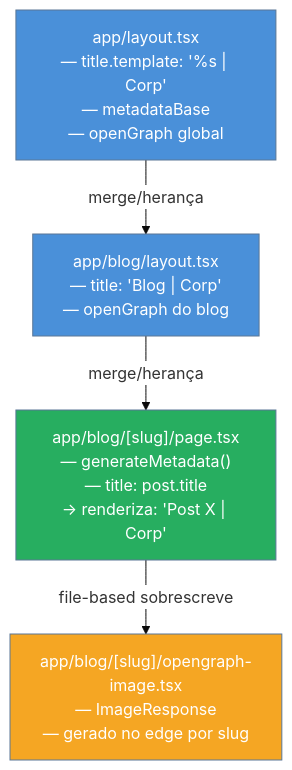
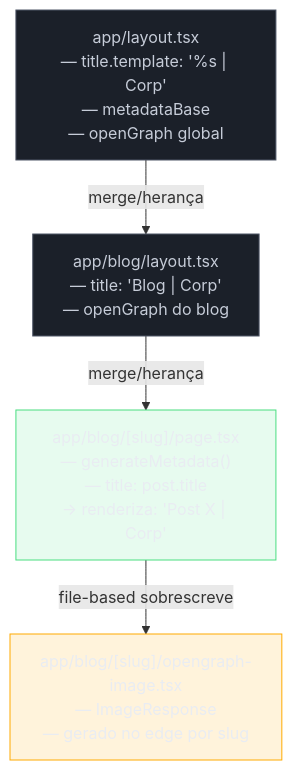
Before and after one commit to josenaldo/codex-technomanticus: the diagram in 03-Dominios/Tecnologia/React/Next.js/11 - Metadata, SEO e assets sociais.md, drawn with Mermaid. The commit also changed 1181 other files, not shown here.

First line of the commit message:
fix(diagramas): paleta do sistema no lugar de cor cravada no markdown

````diff
--- a/03-Dominios/Tecnologia/React/Next.js/11 - Metadata, SEO e assets sociais.md
+++ b/03-Dominios/Tecnologia/React/Next.js/11 - Metadata, SEO e assets sociais.md
@@ -302,17 +302,19 @@
 ```mermaid
-%%{init: {"theme": "base", "themeVariables": {"primaryColor": "#4A90D9", "edgeLabelBackground": "#ffffff"}}}%%
 graph TD
+    classDef neutro fill:#1B2029,stroke:#4E5666,color:#C6CCD8
+    classDef ok fill:#4ADE8021,stroke:#4ADE80,color:#E9ECF2
+    classDef destaque fill:#FFAA0024,stroke:#FFAA00,color:#E9ECF2
     A["app/layout.tsx\n— title.template: '%s | Corp'\n— metadataBase\n— openGraph global"]
     B["app/blog/layout.tsx\n— title: 'Blog | Corp'\n— openGraph do blog"]
     C["app/blog/[slug]/page.tsx\n— generateMetadata()\n— title: post.title\n→ renderiza: 'Post X | Corp'"]
     D["app/blog/[slug]/opengraph-image.tsx\n— ImageResponse\n— gerado no edge por slug"]
 
     A -->|merge/herança| B
     B -->|merge/herança| C
     C -->|file-based sobrescreve| D
 
-    style A fill:#4A90D9,color:#fff
-    style B fill:#4A90D9,color:#fff
-    style C fill:#27AE60,color:#fff
-    style D fill:#F5A623,color:#fff
+    class A neutro
+    class B neutro
+    class C ok
+    class D destaque
 ```
````
